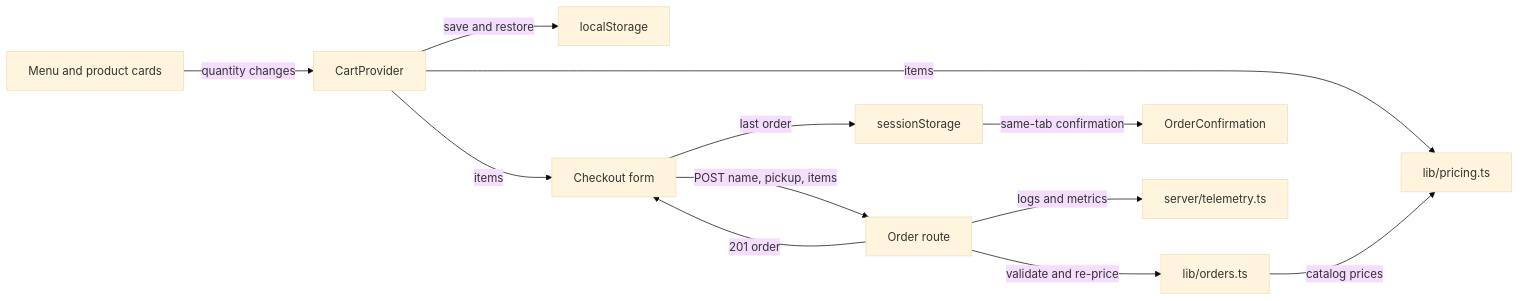
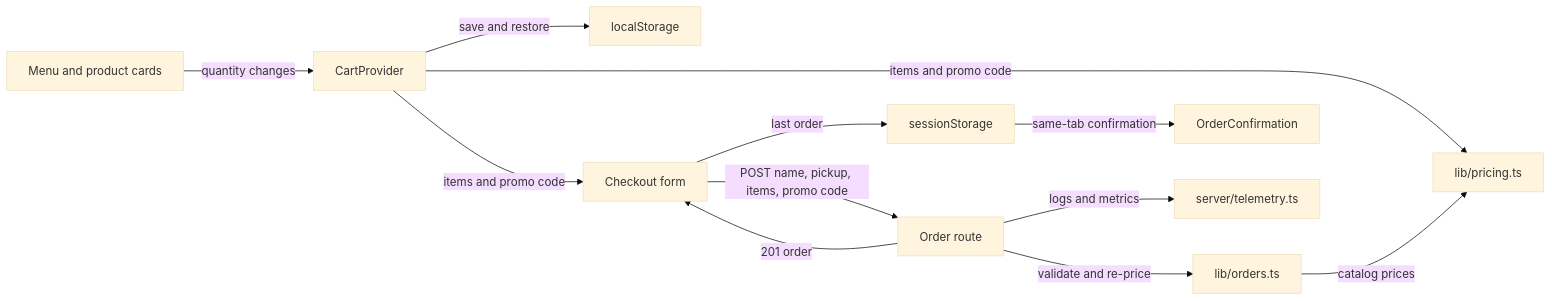
Before and after one commit to FactoryDemo/demo-storefront-practice: the first of 2 diagrams in droid-wiki/overview/architecture.md, drawn with Mermaid (base theme). The commit also changed other lines of this file and 15 other files, not shown here.

````diff
--- a/droid-wiki/overview/architecture.md
+++ b/droid-wiki/overview/architecture.md
@@ -9,14 +9,14 @@
 ```mermaid
 graph LR
   Menu["Menu and product cards"] -->|quantity changes| Cart["CartProvider"]
   Cart -->|save and restore| Local["localStorage"]
-  Cart -->|items| Pricing["lib/pricing.ts"]
-  Cart -->|items| Checkout["Checkout form"]
-  Checkout -->|POST name, pickup, items| API["Order route"]
+  Cart -->|items and promo code| Pricing["lib/pricing.ts"]
+  Cart -->|items and promo code| Checkout["Checkout form"]
+  Checkout -->|POST name, pickup, items, promo code| API["Order route"]
   API -->|validate and re-price| Orders["lib/orders.ts"]
   Orders -->|catalog prices| Pricing
   API -->|201 order| Checkout
   Checkout -->|last order| Session["sessionStorage"]
   Session -->|same-tab confirmation| Confirmation["OrderConfirmation"]
   API -->|logs and metrics| Telemetry["server/telemetry.ts"]
 ```
````
